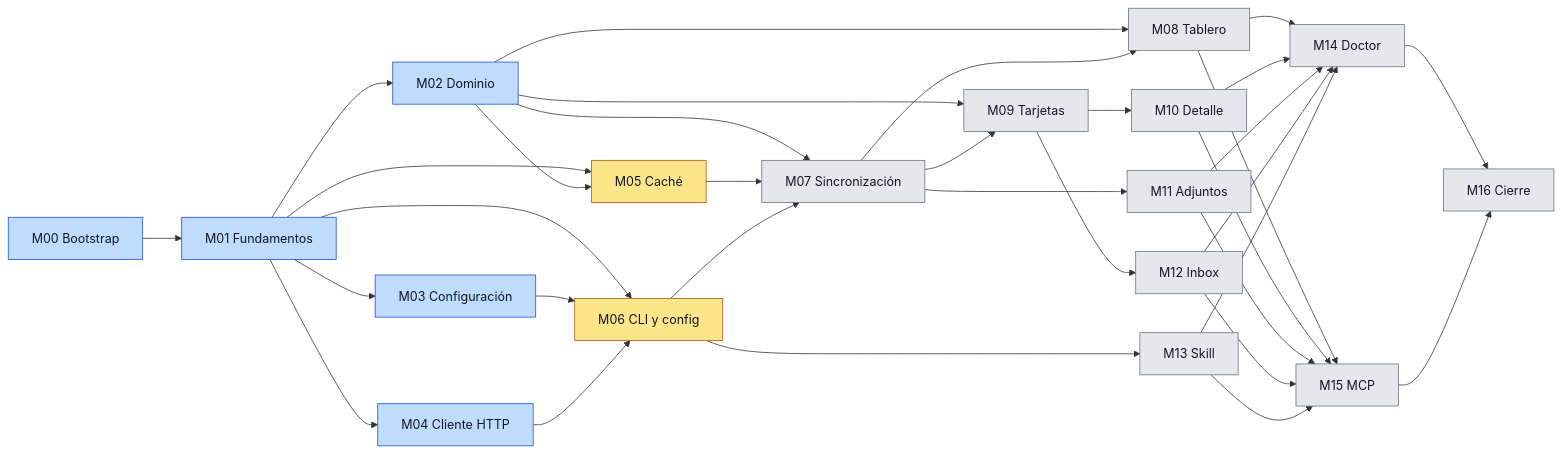
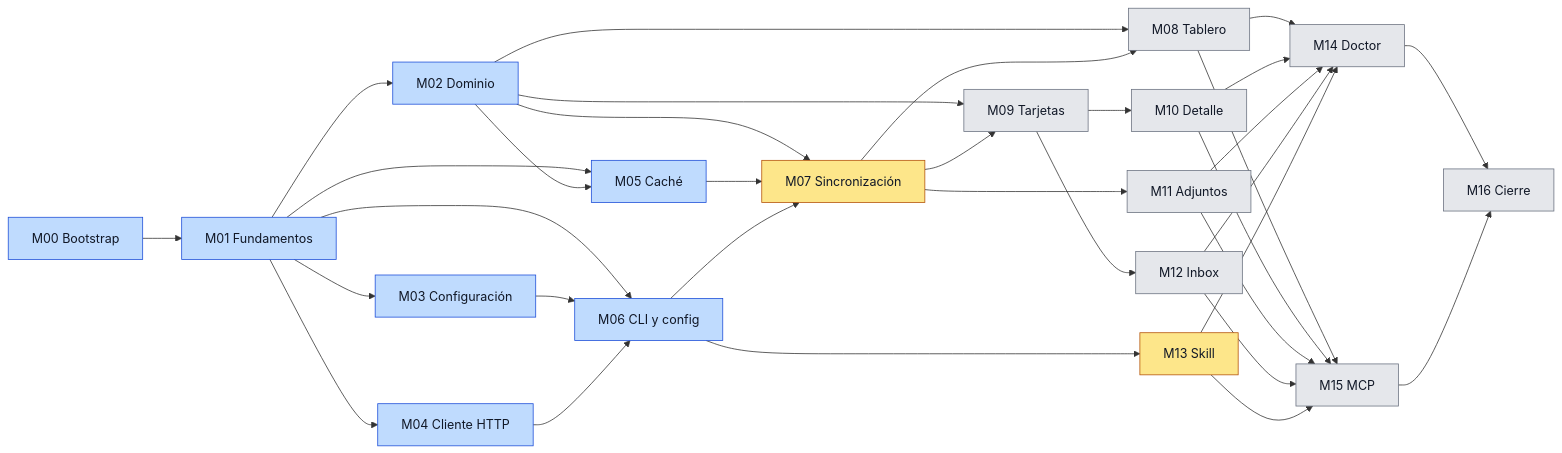
The diagram in docs/plan/00-plan-maestro.md (dayler/trelloctl), drawn with Mermaid before and after one commit. The commit also changed other lines of this file, not shown here.

Commit message:
docs(plan): wave 3 in review, start wave 4

````diff
--- a/docs/plan/00-plan-maestro.md
+++ b/docs/plan/00-plan-maestro.md
@@ -84,46 +84,47 @@
 ```mermaid
 flowchart LR
     M00[M00 Bootstrap] --> M01[M01 Fundamentos]
     M01 --> M02[M02 Dominio]
     M01 --> M03[M03 Configuración]
     M01 --> M04[M04 Cliente HTTP]
     M01 --> M05[M05 Caché]
     M02 --> M05
     M01 --> M06[M06 CLI y config]
     M03 --> M06
     M04 --> M06
     M02 --> M07[M07 Sincronización]
     M05 --> M07
     M06 --> M07
     M06 --> M13[M13 Skill]
     M02 --> M08[M08 Tablero]
     M07 --> M08
     M02 --> M09[M09 Tarjetas]
     M07 --> M09
     M07 --> M11[M11 Adjuntos]
     M09 --> M10[M10 Detalle]
     M09 --> M12[M12 Inbox]
     M08 --> M14[M14 Doctor]
     M10 --> M14
     M11 --> M14
     M12 --> M14
     M13 --> M14
     M08 --> M15[M15 MCP]
     M10 --> M15
     M11 --> M15
     M12 --> M15
     M13 --> M15
     M14 --> M16[M16 Cierre]
     M15 --> M16
 
     classDef pending fill:#e5e7eb,stroke:#6b7280,color:#111827
     classDef in_progress fill:#fde68a,stroke:#b45309,color:#111827
     classDef in_review fill:#bfdbfe,stroke:#1d4ed8,color:#111827
     classDef done fill:#bbf7d0,stroke:#15803d,color:#111827
     classDef blocked fill:#fecaca,stroke:#b91c1c,color:#111827
-    class M07,M08,M09,M10,M11,M12,M13,M14,M15,M16 pending
+    class M08,M09,M10,M11,M12,M14,M15,M16 pending
     class M00 in_review
     class M01 in_review
     class M02,M03,M04 in_review
-    class M05,M06 in_progress
+    class M05,M06 in_review
+    class M07,M13 in_progress
 ```
````
